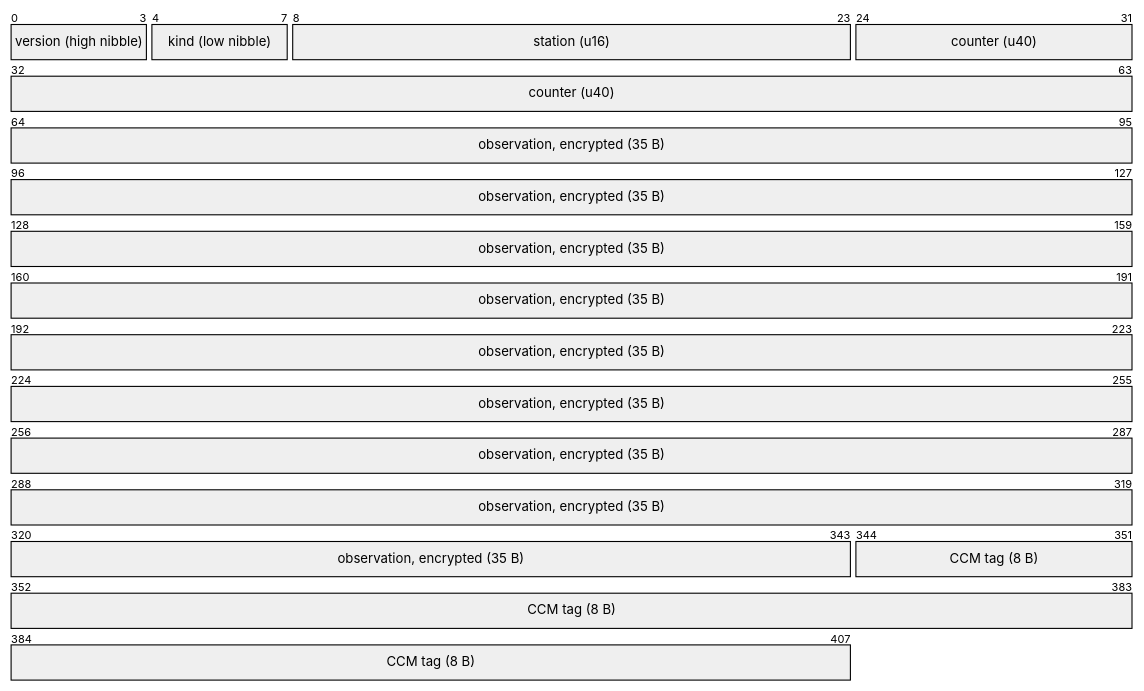
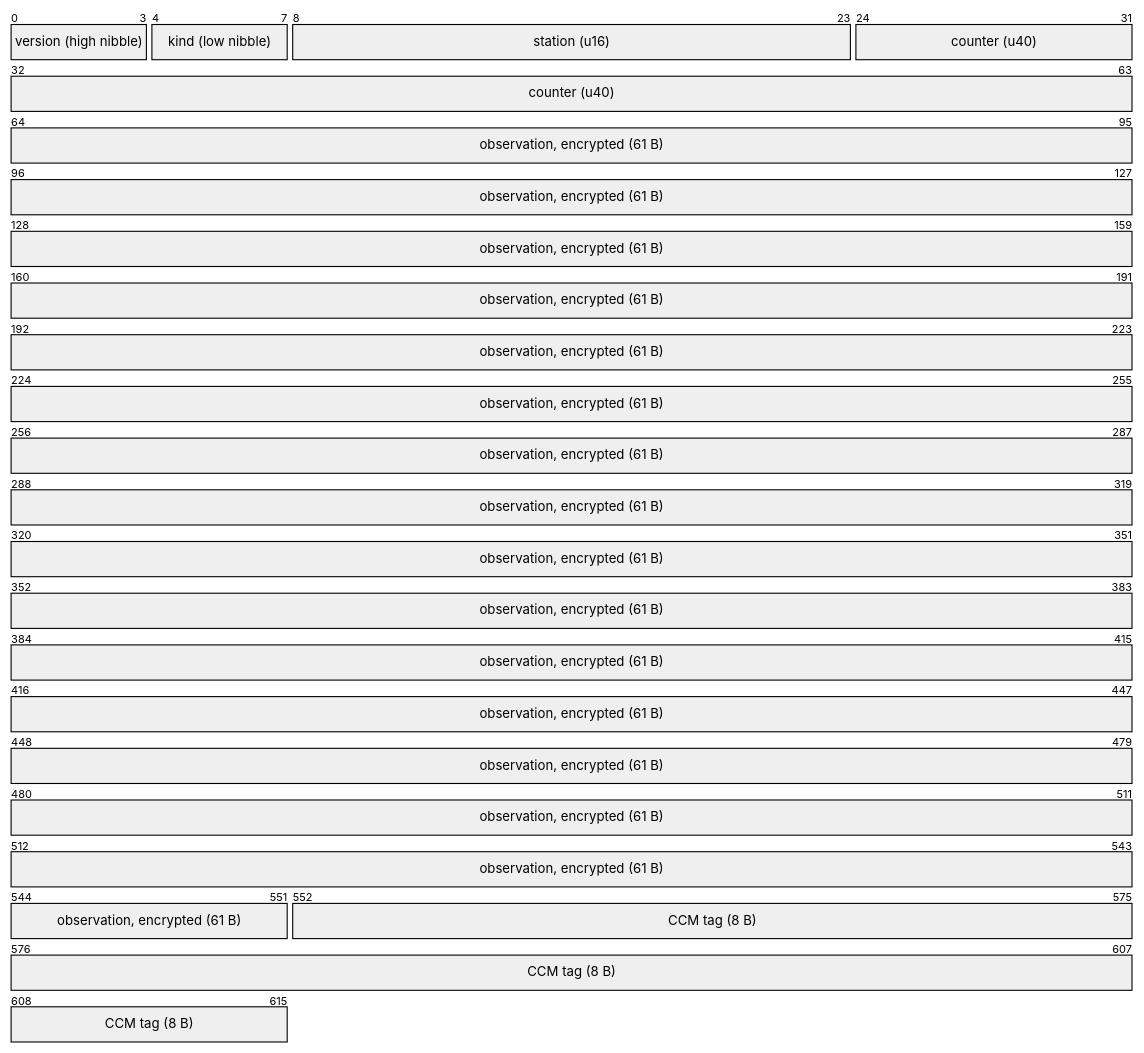
The sixth of 6 diagrams in docs/firmware-budget.md (clintecker/weather-station-2026), drawn with Mermaid before and after one commit. The commit also changed other lines of this file and 42 other files, not shown here.

````diff
--- a/docs/firmware-budget.md
+++ b/docs/firmware-budget.md
@@ -299,9 +312,9 @@
 ```mermaid
 packet-beta
   0-3: "version (high nibble)"
   4-7: "kind (low nibble)"
   8-23: "station (u16)"
   24-63: "counter (u40)"
-  64-343: "observation, encrypted (35 B)"
-  344-407: "CCM tag (8 B)"
+  64-551: "observation, encrypted (61 B)"
+  552-615: "CCM tag (8 B)"
 ```
````
